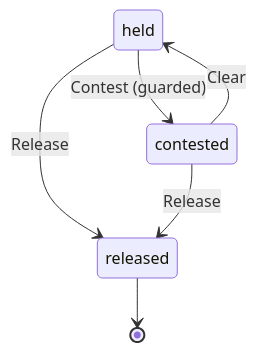
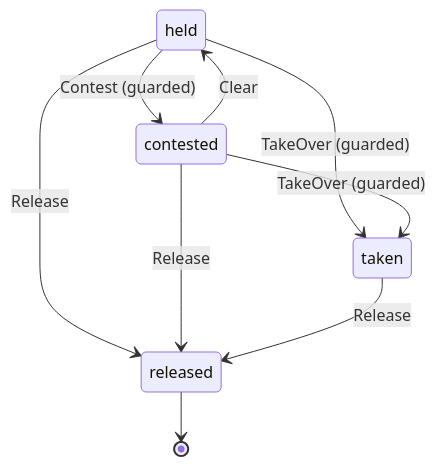
The diagram in docs/architecture/machines/claim.md (otaviobarros/hobbots), drawn with Mermaid before and after one commit. The commit also changed other lines of this file and 60 other files, not shown here.

````diff
--- a/docs/architecture/machines/claim.md
+++ b/docs/architecture/machines/claim.md
@@ -13,8 +14,11 @@
 ```mermaid
 stateDiagram-v2
   held --> contested: Contest (guarded)
   contested --> held: Clear
+  held --> taken: TakeOver (guarded)
+  contested --> taken: TakeOver (guarded)
   held --> released: Release
   contested --> released: Release
+  taken --> released: Release
   released --> [*]
 ```
````
